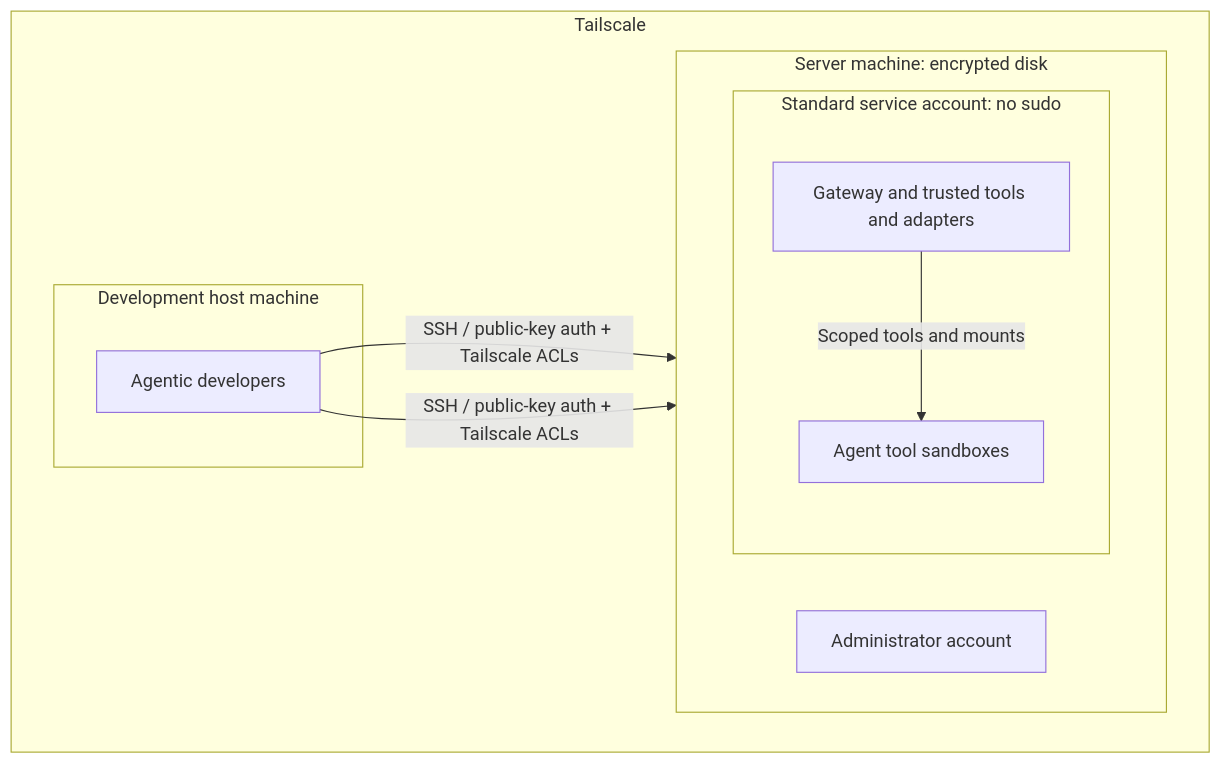
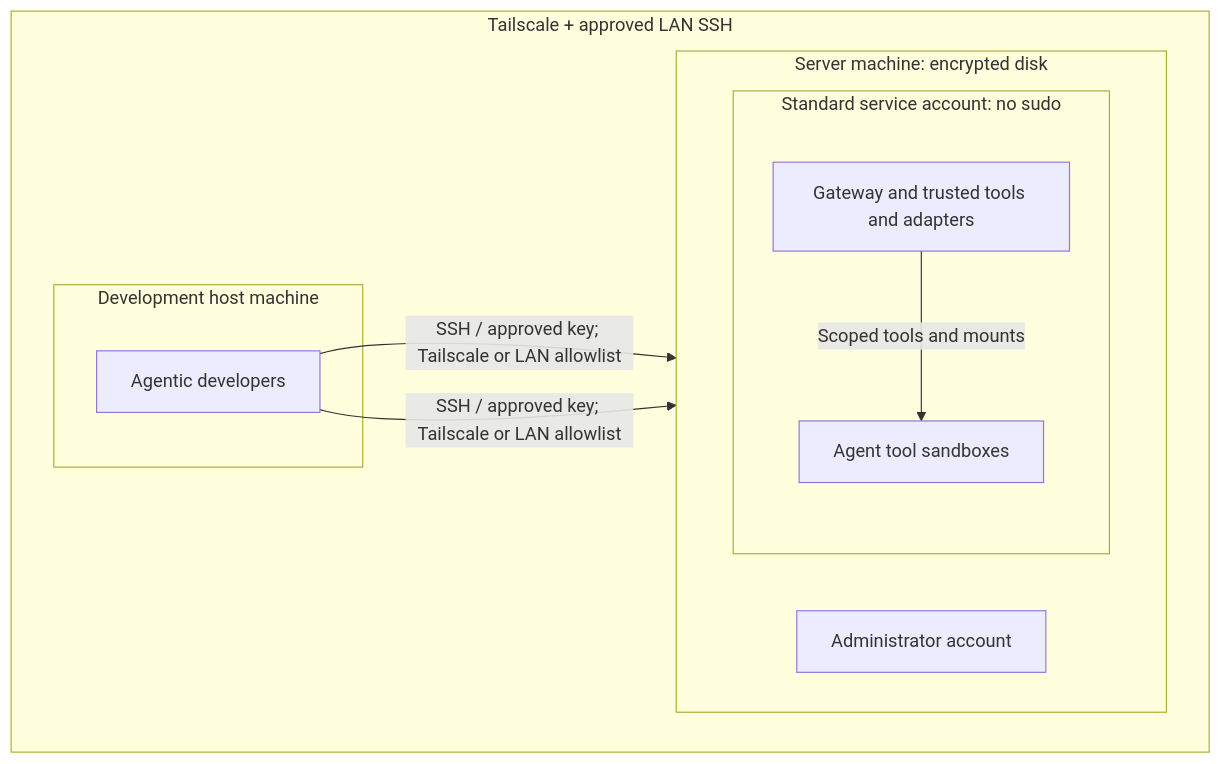
Before and after one commit to coletaylor788/puddles: the second of 5 diagrams in docs/openclaw-setup/security-architecture.md, drawn with Mermaid. The commit also changed other lines of this file and 1 other file, not shown here.

Commit message:
docs: allow approved LAN SSH for unattended development

````diff
--- a/docs/openclaw-setup/security-architecture.md
+++ b/docs/openclaw-setup/security-architecture.md
@@ -71,20 +75,20 @@
 ```mermaid
 flowchart TB
-    subgraph Tailnet["Tailscale"]
+    subgraph Tailnet["Tailscale + approved LAN SSH"]
         subgraph DevMachine["Development host machine"]
             Developers["Agentic developers"]
         end
         subgraph Machine["Server machine: encrypted disk"]
             direction LR
             Admin["Administrator account"]
             subgraph Service["Standard service account: no sudo"]
                 Gateway["Gateway and trusted tools and adapters"]
                 Sandboxes["Agent tool sandboxes"]
             end
         end
     end
 
-    Developers -->|"SSH / public-key auth + Tailscale ACLs"| Admin
-    Developers -->|"SSH / public-key auth + Tailscale ACLs"| Service
+    Developers -->|"SSH / approved key; Tailscale or LAN allowlist"| Admin
+    Developers -->|"SSH / approved key; Tailscale or LAN allowlist"| Service
     Gateway -->|"Scoped tools and mounts"| Sandboxes
 ```
````
